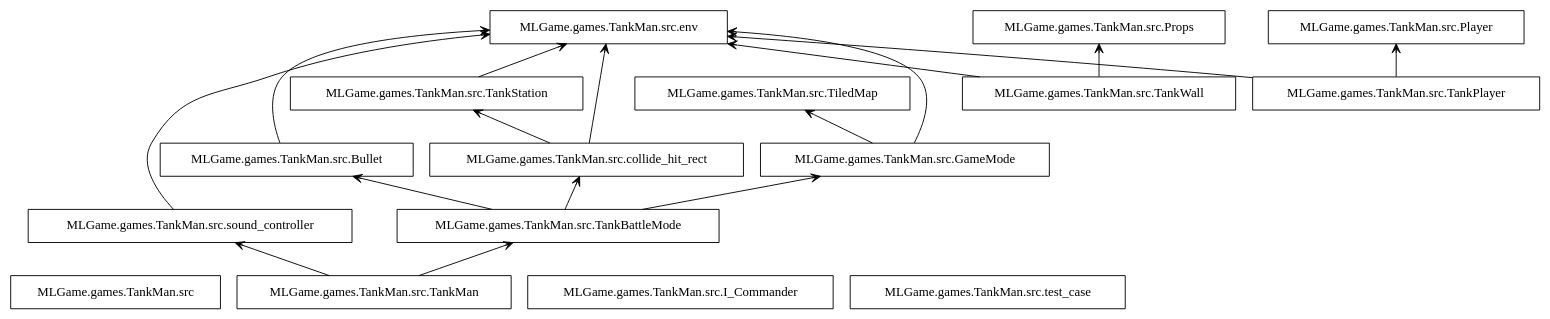
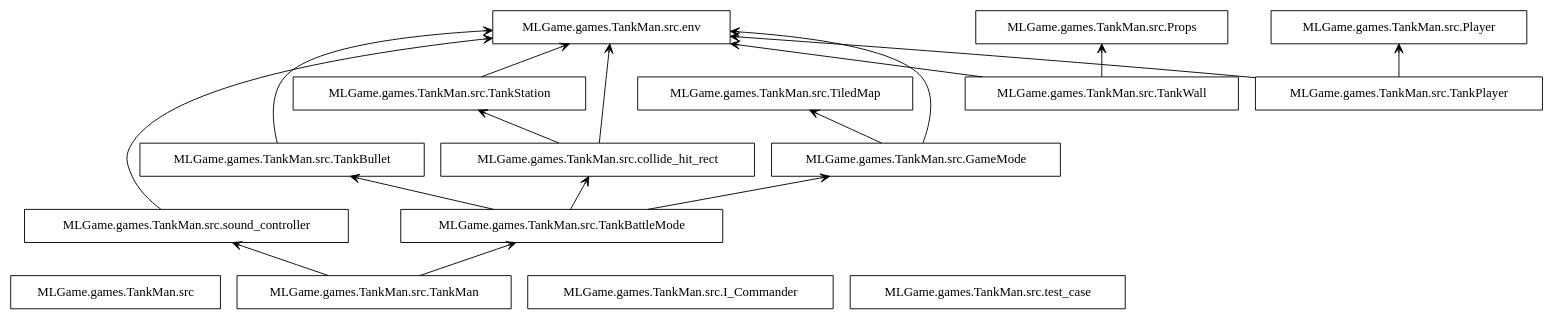
Before and after one commit to Jesse-Jumbo/TankMan: the diagram in packages.dot, drawn with Graphviz. The commit also changed 6 other files, not shown here.

Commit message:
add Bullet(TankBullet) parent Bullet

```diff
--- a/packages.dot
+++ b/packages.dot
@@ -1,36 +1,36 @@
 digraph "packages" {
 rankdir=BT
 charset="utf-8"
 "MLGame.games.TankMan.src" [color="black", label="MLGame.games.TankMan.src", shape="box", style="solid"];
 "MLGame.games.TankMan.src.TankBattleMode" [color="black", label="MLGame.games.TankMan.src.TankBattleMode", shape="box", style="solid"];
-"MLGame.games.TankMan.src.Bullet" [color="black", label="MLGame.games.TankMan.src.Bullet", shape="box", style="solid"];
+"MLGame.games.TankMan.src.TankBullet" [color="black", label="MLGame.games.TankMan.src.TankBullet", shape="box", style="solid"];
 "MLGame.games.TankMan.src.GameMode" [color="black", label="MLGame.games.TankMan.src.GameMode", shape="box", style="solid"];
 "MLGame.games.TankMan.src.I_Commander" [color="black", label="MLGame.games.TankMan.src.I_Commander", shape="box", style="solid"];
 "MLGame.games.TankMan.src.TankWall" [color="black", label="MLGame.games.TankMan.src.TankWall", shape="box", style="solid"];
 "MLGame.games.TankMan.src.Player" [color="black", label="MLGame.games.TankMan.src.Player", shape="box", style="solid"];
 "MLGame.games.TankMan.src.Props" [color="black", label="MLGame.games.TankMan.src.Props", shape="box", style="solid"];
 "MLGame.games.TankMan.src.TankStation" [color="black", label="MLGame.games.TankMan.src.TankStation", shape="box", style="solid"];
 "MLGame.games.TankMan.src.TankMan" [color="black", label="MLGame.games.TankMan.src.TankMan", shape="box", style="solid"];
 "MLGame.games.TankMan.src.TiledMap" [color="black", label="MLGame.games.TankMan.src.TiledMap", shape="box", style="solid"];
 "MLGame.games.TankMan.src.TankPlayer" [color="black", label="MLGame.games.TankMan.src.TankPlayer", shape="box", style="solid"];
 "MLGame.games.TankMan.src.collide_hit_rect" [color="black", label="MLGame.games.TankMan.src.collide_hit_rect", shape="box", style="solid"];
 "MLGame.games.TankMan.src.env" [color="black", label="MLGame.games.TankMan.src.env", shape="box", style="solid"];
 "MLGame.games.TankMan.src.sound_controller" [color="black", label="MLGame.games.TankMan.src.sound_controller", shape="box", style="solid"];
 "MLGame.games.TankMan.src.test_case" [color="black", label="MLGame.games.TankMan.src.test_case", shape="box", style="solid"];
-"MLGame.games.TankMan.src.TankBattleMode" -> "MLGame.games.TankMan.src.Bullet" [arrowhead="open", arrowtail="none"];
+"MLGame.games.TankMan.src.TankBattleMode" -> "MLGame.games.TankMan.src.TankBullet" [arrowhead="open", arrowtail="none"];
 "MLGame.games.TankMan.src.TankBattleMode" -> "MLGame.games.TankMan.src.GameMode" [arrowhead="open", arrowtail="none"];
 "MLGame.games.TankMan.src.TankBattleMode" -> "MLGame.games.TankMan.src.collide_hit_rect" [arrowhead="open", arrowtail="none"];
-"MLGame.games.TankMan.src.Bullet" -> "MLGame.games.TankMan.src.env" [arrowhead="open", arrowtail="none"];
+"MLGame.games.TankMan.src.TankBullet" -> "MLGame.games.TankMan.src.env" [arrowhead="open", arrowtail="none"];
 "MLGame.games.TankMan.src.GameMode" -> "MLGame.games.TankMan.src.TiledMap" [arrowhead="open", arrowtail="none"];
 "MLGame.games.TankMan.src.GameMode" -> "MLGame.games.TankMan.src.env" [arrowhead="open", arrowtail="none"];
 "MLGame.games.TankMan.src.TankWall" -> "MLGame.games.TankMan.src.Props" [arrowhead="open", arrowtail="none"];
 "MLGame.games.TankMan.src.TankWall" -> "MLGame.games.TankMan.src.env" [arrowhead="open", arrowtail="none"];
 "MLGame.games.TankMan.src.TankStation" -> "MLGame.games.TankMan.src.env" [arrowhead="open", arrowtail="none"];
 "MLGame.games.TankMan.src.TankMan" -> "MLGame.games.TankMan.src.TankBattleMode" [arrowhead="open", arrowtail="none"];
 "MLGame.games.TankMan.src.TankMan" -> "MLGame.games.TankMan.src.sound_controller" [arrowhead="open", arrowtail="none"];
 "MLGame.games.TankMan.src.TankPlayer" -> "MLGame.games.TankMan.src.Player" [arrowhead="open", arrowtail="none"];
 "MLGame.games.TankMan.src.TankPlayer" -> "MLGame.games.TankMan.src.env" [arrowhead="open", arrowtail="none"];
 "MLGame.games.TankMan.src.collide_hit_rect" -> "MLGame.games.TankMan.src.TankStation" [arrowhead="open", arrowtail="none"];
 "MLGame.games.TankMan.src.collide_hit_rect" -> "MLGame.games.TankMan.src.env" [arrowhead="open", arrowtail="none"];
 "MLGame.games.TankMan.src.sound_controller" -> "MLGame.games.TankMan.src.env" [arrowhead="open", arrowtail="none"];
 }
```
